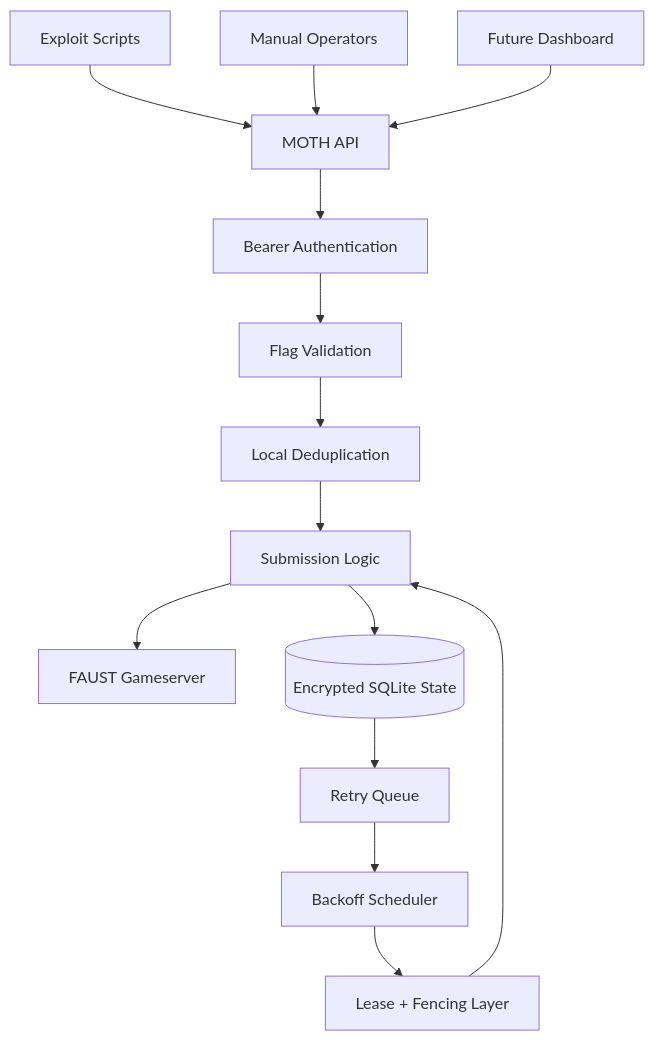
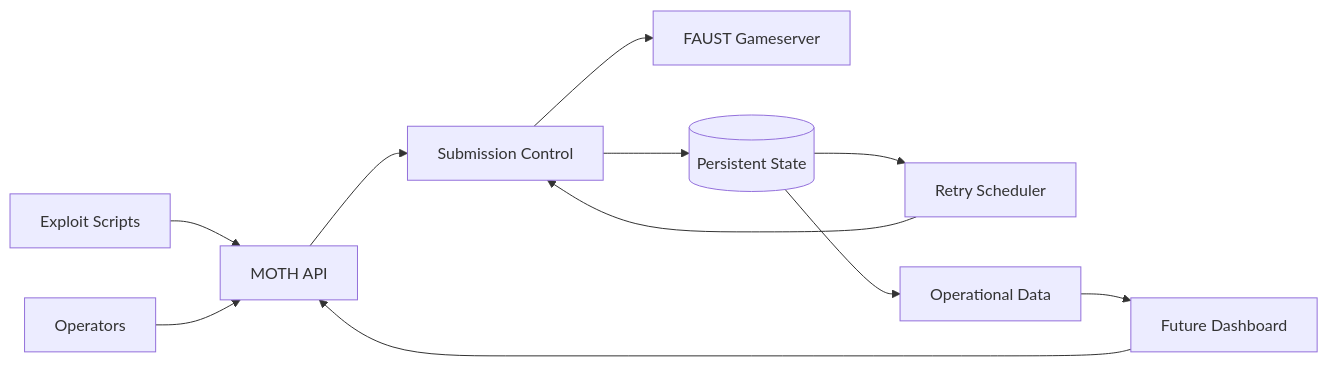
The first of 2 diagrams in README.md (Denis-Krueger-labs/MOTH), drawn with Mermaid before and after one commit. The commit also changed other lines of this file and 2 other files, not shown here.

````diff
--- a/README.md
+++ b/README.md
@@ -90,19 +75,16 @@
 ```mermaid
-flowchart TD
-    A[Exploit Scripts] --> D[MOTH API]
-    B[Manual Operators] --> D
-    C[Future Dashboard] --> D
+flowchart LR
+    A[Exploit Scripts] --> B[MOTH API]
+    C[Operators] --> B
+    D[Future Dashboard] --> B
 
-    D --> E[Bearer Authentication]
-    E --> F[Flag Validation]
-    F --> G[Local Deduplication]
-    G --> H[Submission Logic]
+    B --> E[Submission Control]
+    E --> F[FAUST Gameserver]
+    E --> G[(Persistent State)]
 
-    H --> I[FAUST Gameserver]
-    H --> J[(Encrypted SQLite State)]
+    G --> H[Retry Scheduler]
+    H --> E
 
-    J --> K[Retry Queue]
-    K --> L[Backoff Scheduler]
-    L --> M[Lease + Fencing Layer]
-    M --> H
+    G --> I[Operational Data]
+    I --> D
 ```
````
